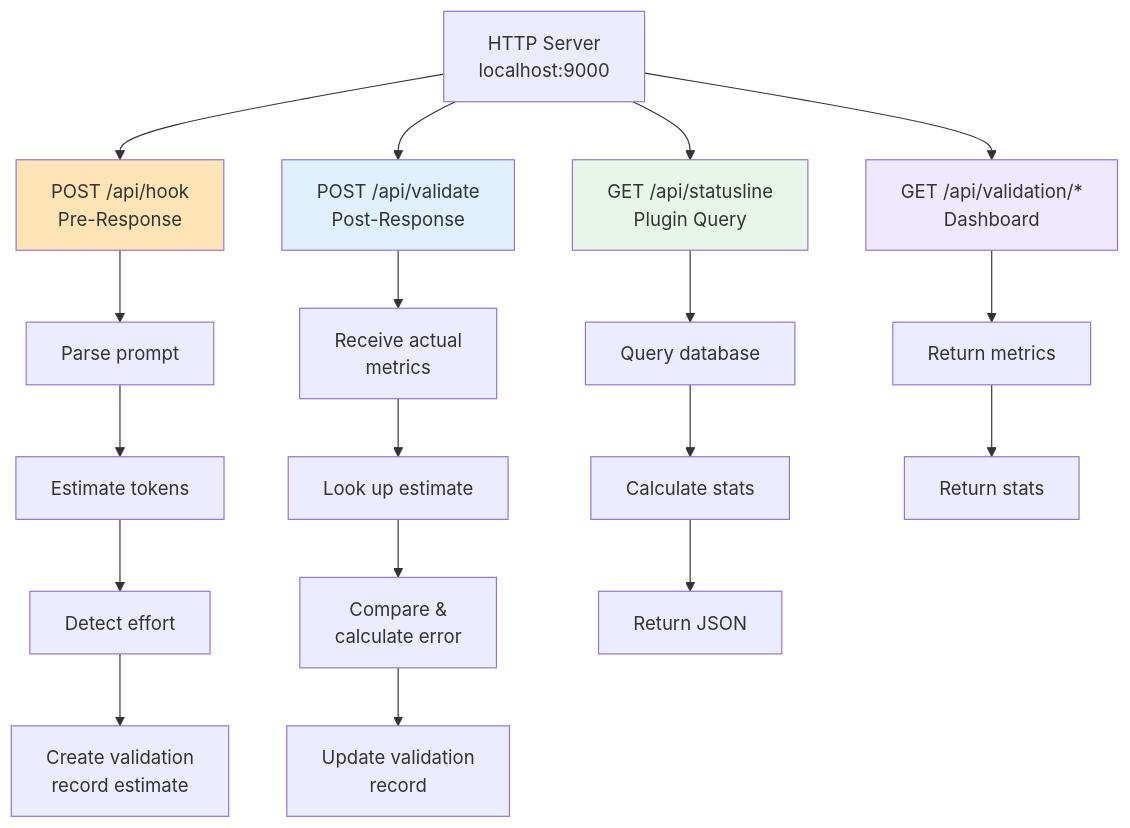
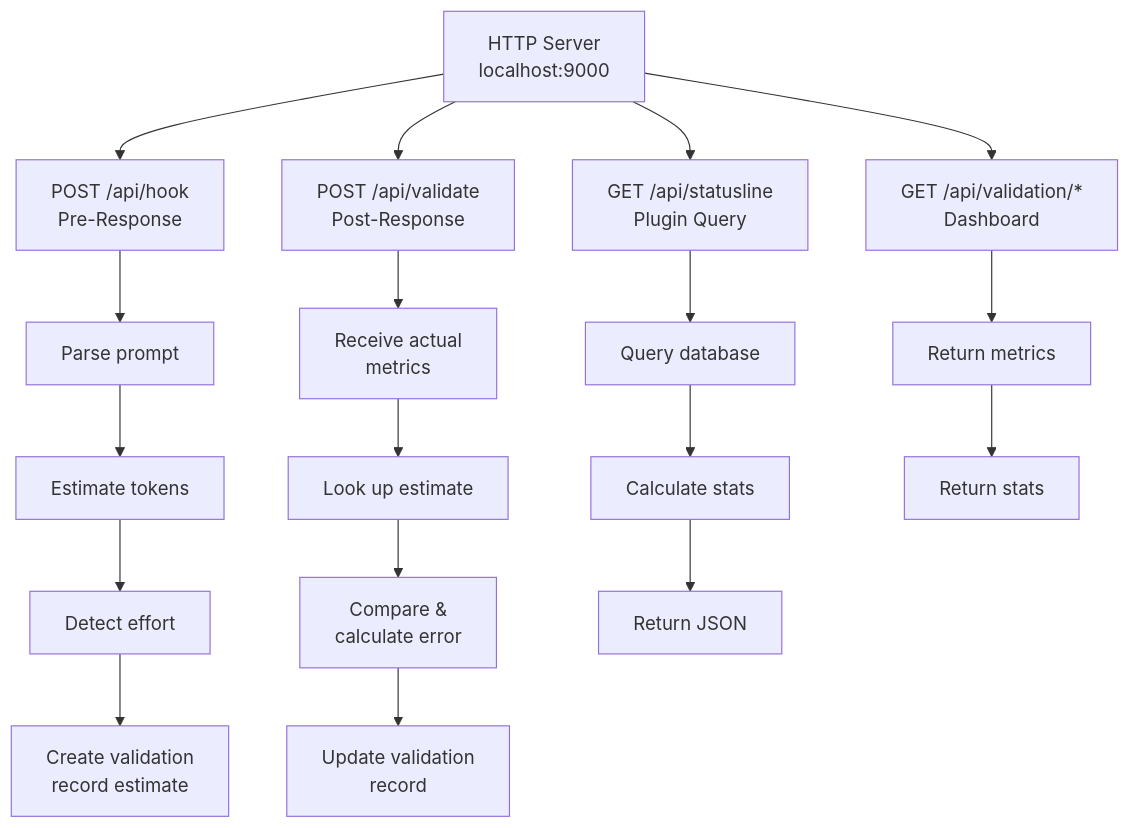
One commit to szibis/LLMSentinel changed the seventh of 12 diagrams in ARCHITECTURE_DIAGRAMS.md. Above: the diagram before and after it, drawn with Mermaid. The commit also changed other lines of this file and 60 other files, not shown here.

````diff
--- a/ARCHITECTURE_DIAGRAMS.md
+++ b/ARCHITECTURE_DIAGRAMS.md
@@ -186,30 +185,26 @@
 ```mermaid
+%%{init: { 'theme': 'auto' } }%%
 graph TB
     HTTP["HTTP Server<br/>localhost:9000"]
     
     HTTP --> H1["POST /api/hook<br/>Pre-Response"]
     H1 --> H1A["Parse prompt"]
     H1A --> H1B["Estimate tokens"]
     H1B --> H1C["Detect effort"]
     H1C --> H1D["Create validation<br/>record estimate"]
     
     HTTP --> H2["POST /api/validate<br/>Post-Response"]
     H2 --> H2A["Receive actual<br/>metrics"]
     H2A --> H2B["Look up estimate"]
     H2B --> H2C["Compare &<br/>calculate error"]
     H2C --> H2D["Update validation<br/>record"]
     
     HTTP --> H3["GET /api/statusline<br/>Plugin Query"]
     H3 --> H3A["Query database"]
     H3A --> H3B["Calculate stats"]
     H3B --> H3C["Return JSON"]
     
     HTTP --> H4["GET /api/validation/*<br/>Dashboard"]
     H4 --> H4A["Return metrics"]
     H4A --> H4B["Return stats"]
-    
-    style H1 fill:#FFE4B5
-    style H2 fill:#E0F0FF
-    style H3 fill:#E8F5E9
-    style H4 fill:#F0E8FF
 ```
````
